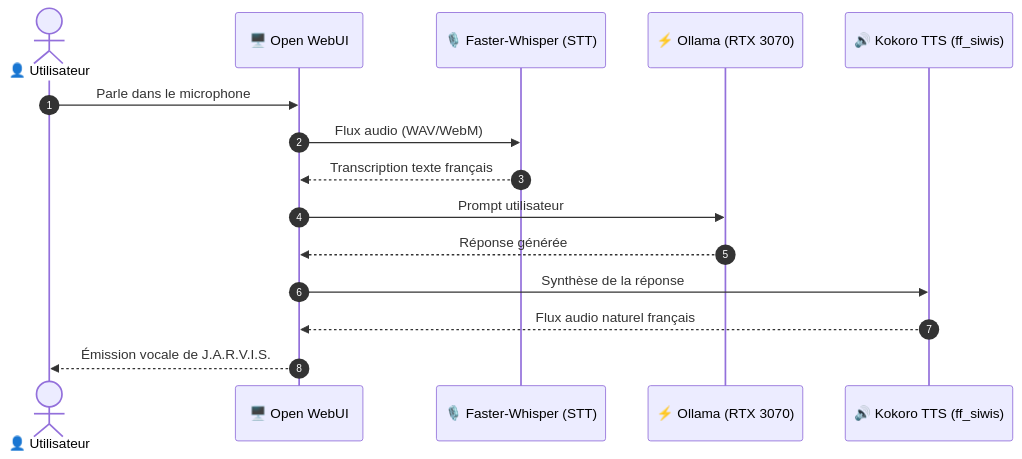
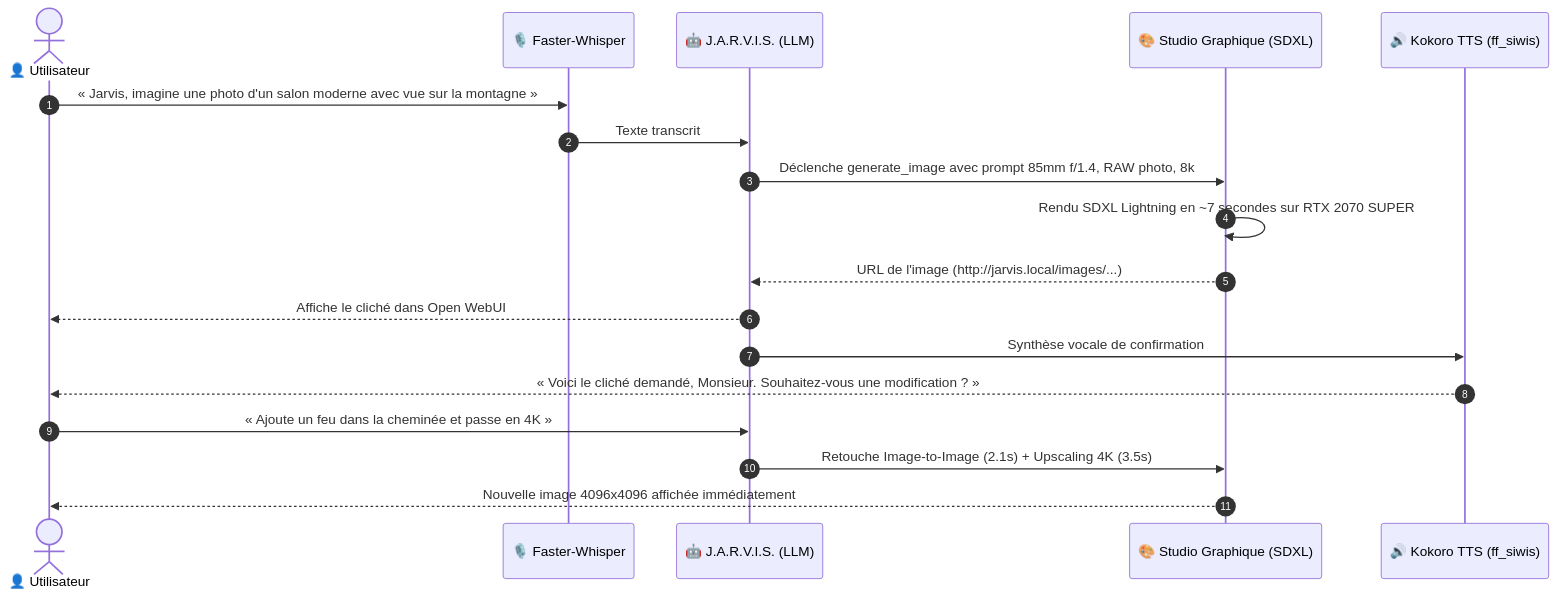
Before and after one commit to xelnagas/argocd-IA-local: the second of 2 diagrams in manuel.md, drawn with Mermaid. The commit also changed other lines of this file and 10 other files, not shown here.

````diff
--- a/manuel.md
+++ b/manuel.md
@@ -114,18 +126,21 @@
 ```mermaid
 sequenceDiagram
     autonumber
-    actor User as 👤 Utilisateur
-    participant UI as 🖥️ Open WebUI
-    participant STT as 🎙️ Faster-Whisper (STT)
-    participant LLM as ⚡ Ollama (RTX 3070)
-    participant TTS as 🔊 Kokoro TTS (ff_siwis)
+    actor U as 👤 Utilisateur
+    participant W as 🎙️ Faster-Whisper
+    participant J as 🤖 J.A.R.V.I.S. (LLM)
+    participant S as 🎨 Studio Graphique (SDXL)
+    participant K as 🔊 Kokoro TTS (ff_siwis)
 
-    User->>UI: Parle dans le microphone
-    UI->>STT: Flux audio (WAV/WebM)
-    STT-->>UI: Transcription texte français
-    UI->>LLM: Prompt utilisateur
-    LLM-->>UI: Réponse générée
-    UI->>TTS: Synthèse de la réponse
-    TTS-->>UI: Flux audio naturel français
-    UI-->>User: Émission vocale de J.A.R.V.I.S.
+    U->>W: « Jarvis, imagine une photo d'un salon moderne avec vue sur la montagne »
+    W->>J: Texte transcrit
+    J->>S: Déclenche generate_image avec prompt 85mm f/1.4, RAW photo, 8k
+    S->>S: Rendu SDXL Lightning en ~7 secondes sur RTX 2070 SUPER
+    S-->>J: URL de l'image (http://jarvis.local/images/...)
+    J-->>U: Affiche le cliché dans Open WebUI
+    J->>K: Synthèse vocale de confirmation
+    K-->>U: « Voici le cliché demandé, Monsieur. Souhaitez-vous une modification ? »
+    U->>J: « Ajoute un feu dans la cheminée et passe en 4K »
+    J->>S: Retouche Image-to-Image (2.1s) + Upscaling 4K (3.5s)
+    S-->>U: Nouvelle image 4096x4096 affichée immédiatement
 ```
````
